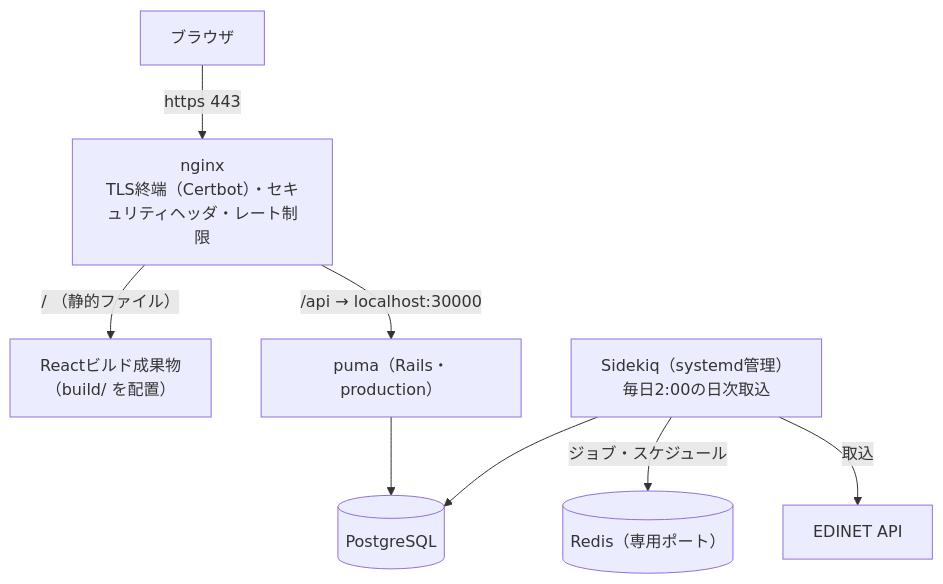
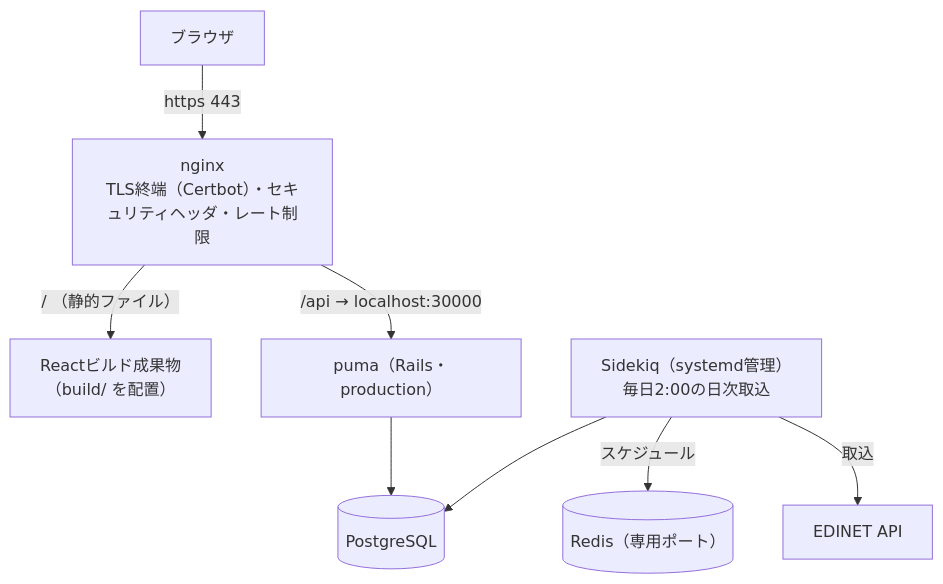
The second of 3 diagrams in docs/guide/05_development_operations.md (shin4488/financial-statement), drawn with Mermaid before and after one commit. The commit also changed other lines of this file and 4 other files, not shown here.

````diff
--- a/docs/guide/05_development_operations.md
+++ b/docs/guide/05_development_operations.md
@@ -73,10 +73,10 @@
 ```mermaid
 flowchart TB
     User["ブラウザ"] -->|https 443| Nginx["nginx<br>TLS終端（Certbot）・セキュリティヘッダ・レート制限"]
     Nginx -->|"/ （静的ファイル）"| Static["Reactビルド成果物<br>（build/ を配置）"]
     Nginx -->|"/api → localhost:30000"| Puma["puma（Rails・production）"]
     Puma --> PG[("PostgreSQL")]
     Sidekiq["Sidekiq（systemd管理）<br>毎日2:00の日次取込"] --> PG
-    Sidekiq -->|"ジョブ・スケジュール"| Redis[("Redis（専用ポート）")]
+    Sidekiq -->|"スケジュール"| Redis[("Redis（専用ポート）")]
     Sidekiq -->|"取込"| EDINET["EDINET API"]
 ```
````
